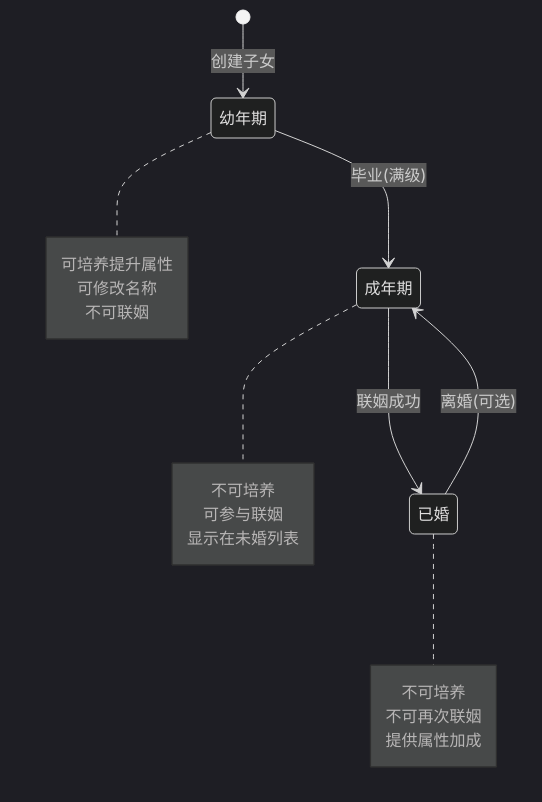
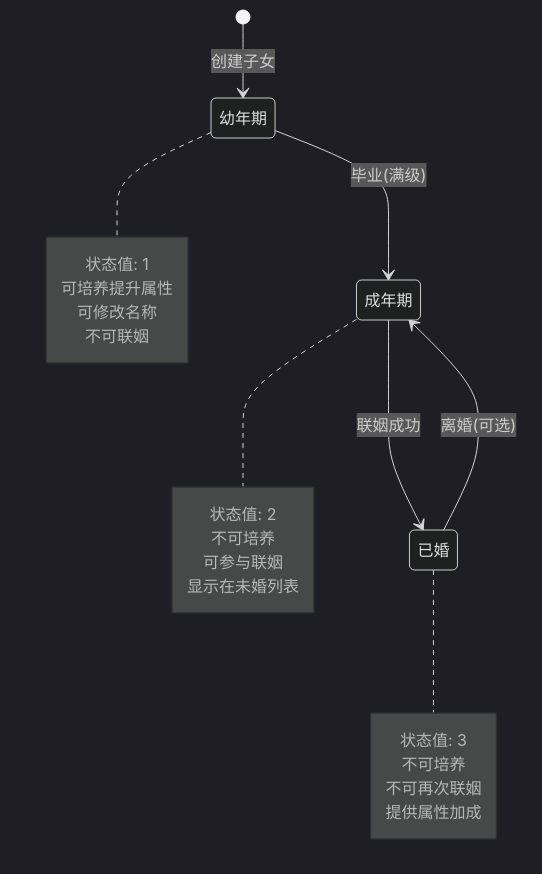
Before and after one commit to Alan-Ben/k2c_game_framework: the first of 10 diagrams in docs/Module_Child/06_实现细节.md, drawn with Mermaid (dark theme). The commit also changed other lines of this file, not shown here.

````diff
--- a/docs/Module_Child/06_实现细节.md
+++ b/docs/Module_Child/06_实现细节.md
@@ -80,25 +99,28 @@
 ```mermaid
 stateDiagram-v2
     [*] --> 幼年期: 创建子女
     幼年期 --> 成年期: 毕业(满级)
     成年期 --> 已婚: 联姻成功
     已婚 --> 成年期: 离婚(可选)
 
     note right of 幼年期
+        状态值: 1
         可培养提升属性
         可修改名称
         不可联姻
     end note
 
     note right of 成年期
+        状态值: 2
         不可培养
         可参与联姻
         显示在未婚列表
     end note
 
     note right of 已婚
+        状态值: 3
         不可培养
         不可再次联姻
         提供属性加成
     end note
 ```
````
